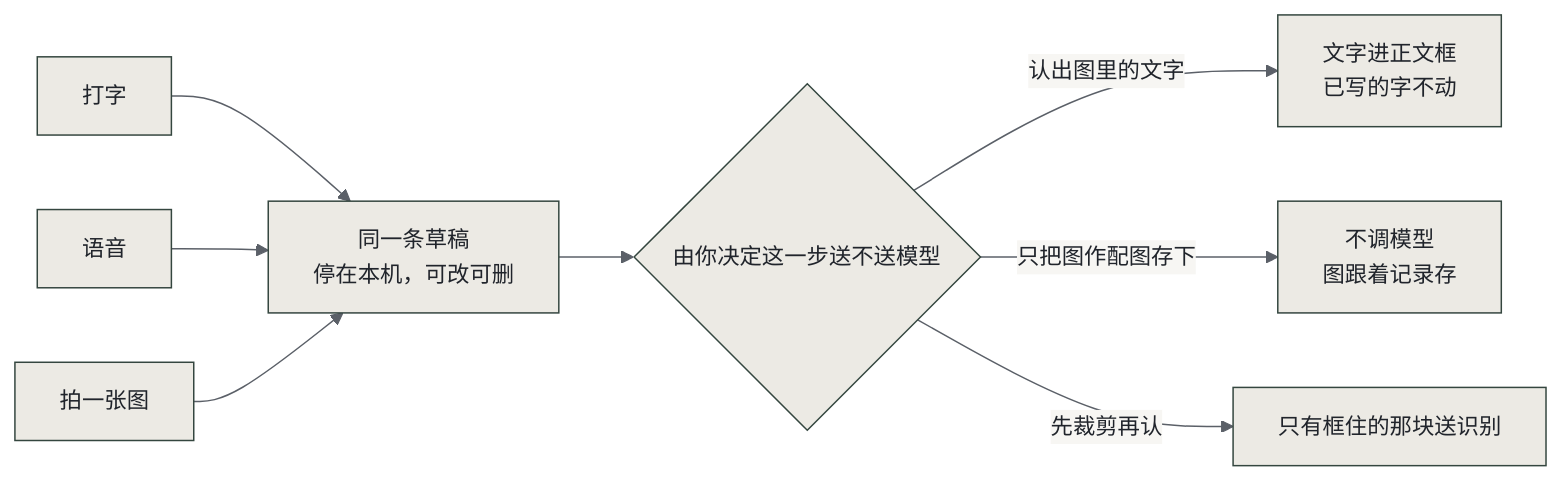
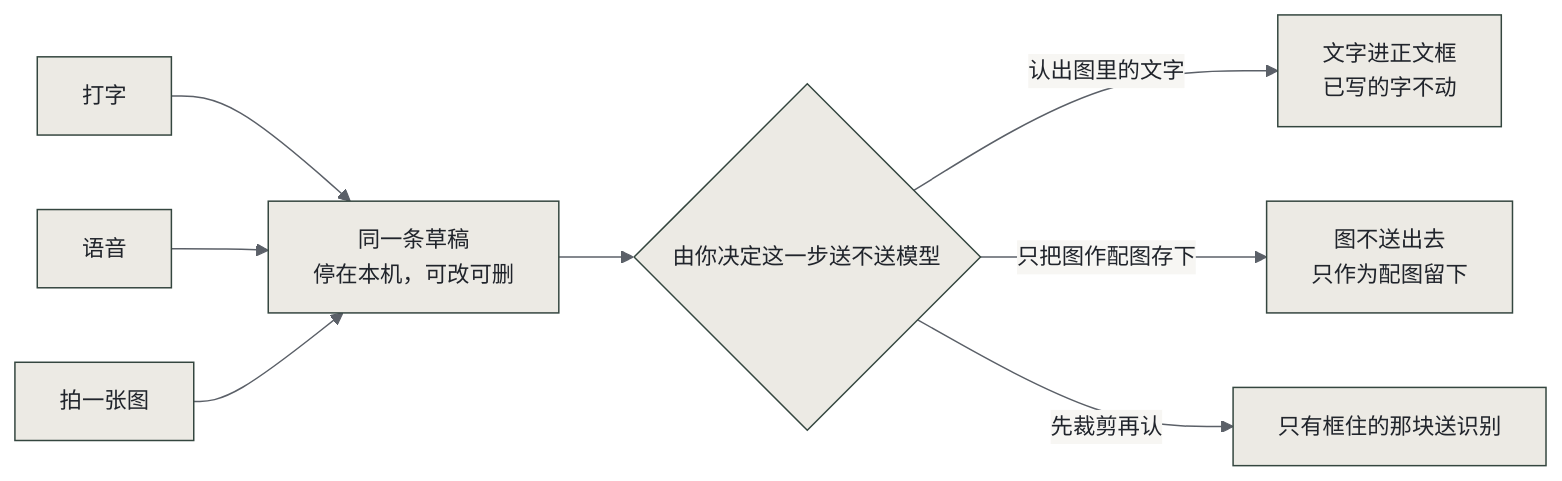
The fourth of 4 diagrams in README.md (larisfavour-lang/personal-ai-hackathon), drawn with Mermaid before and after one commit. The commit also changed other lines of this file and 1 other file, not shown here.

````diff
--- a/README.md
+++ b/README.md
@@ -113,11 +113,11 @@
 ```mermaid
 %%{init: {"theme":"base","themeVariables":{"background":"#f7f6f3","mainBkg":"#eceae4","primaryColor":"#eceae4","primaryTextColor":"#20242b","primaryBorderColor":"#34463f","secondaryColor":"#eef1ee","secondaryBorderColor":"#8a9a92","tertiaryColor":"#f7f6f3","tertiaryBorderColor":"#d9d6cf","lineColor":"#5b6068","textColor":"#20242b","fontFamily":"PingFang SC, Microsoft YaHei, sans-serif","fontSize":"15px","clusterBkg":"#f7f6f3","clusterBorder":"#d9d6cf","edgeLabelBackground":"#f7f6f3","nodeBorder":"#34463f","actorBkg":"#eceae4","actorBorder":"#34463f","actorTextColor":"#20242b","signalColor":"#5b6068","signalTextColor":"#20242b","noteBkgColor":"#eef1ee","noteTextColor":"#20242b","noteBorderColor":"#8a9a92","labelBoxBkgColor":"#eceae4","labelBoxBorderColor":"#34463f","labelTextColor":"#20242b","sequenceNumberColor":"#f7f6f3","activationBkgColor":"#eef1ee","activationBorderColor":"#8a9a92"}}}%%
 flowchart LR
   A["打字"] --> D["同一条草稿<br/>停在本机，可改可删"]
   B["语音"] --> D
   C["拍一张图"] --> D
   D --> E{"由你决定这一步送不送模型"}
   E -->|"认出图里的文字"| F["文字进正文框<br/>已写的字不动"]
-  E -->|"只把图作配图存下"| G["不调模型<br/>图跟着记录存"]
+  E -->|"只把图作配图存下"| G["图不送出去<br/>只作为配图留下"]
   E -->|"先裁剪再认"| H["只有框住的那块送识别"]
 ```
````
